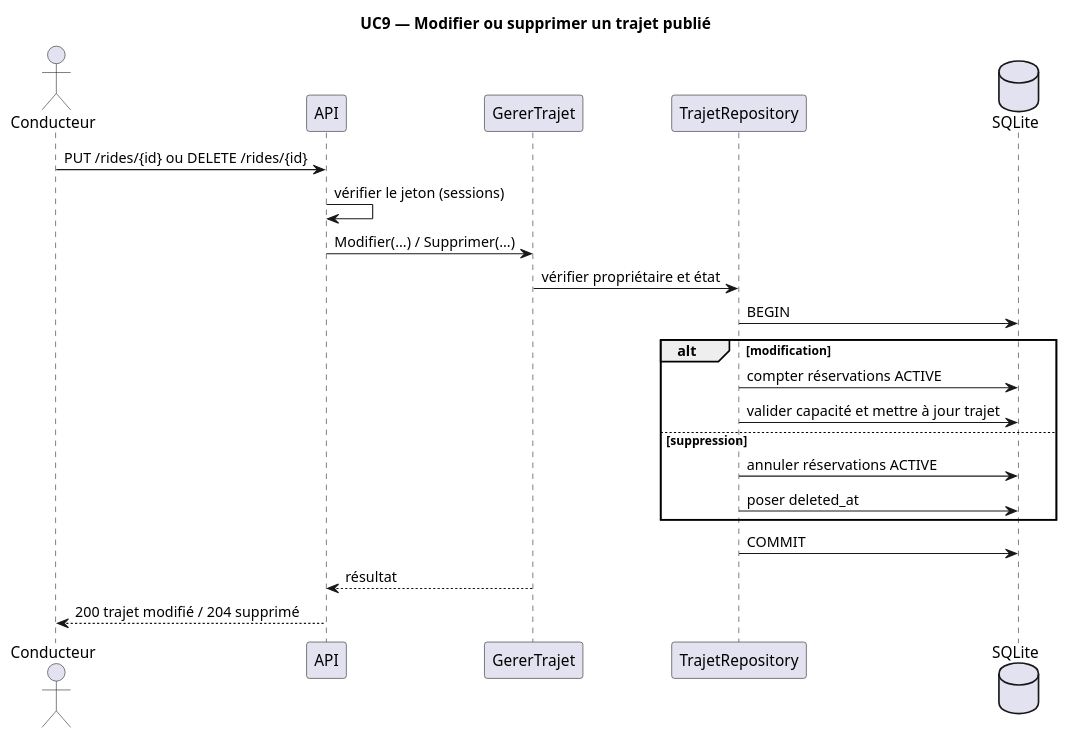
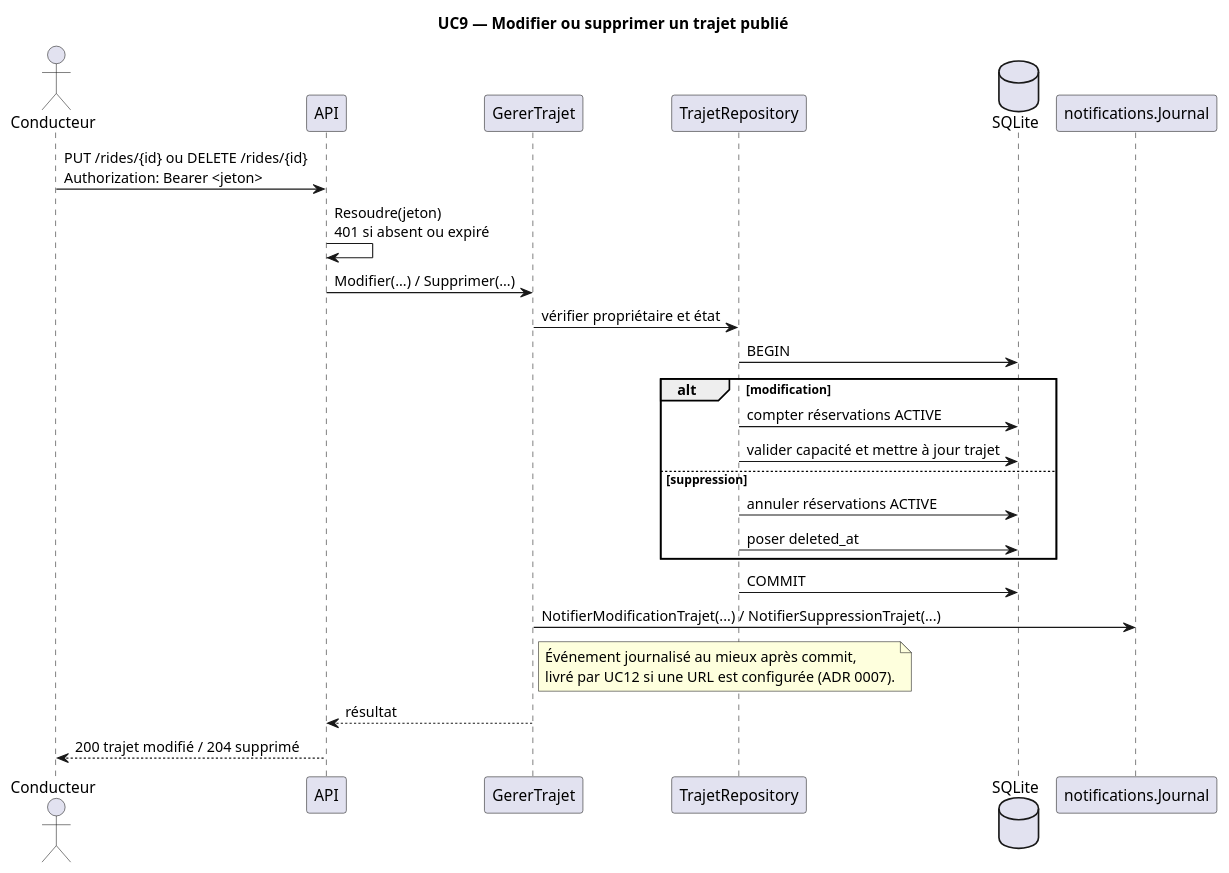
One commit to alaa-ilehi/Wasalni changed the diagram in docs/uml/uc9-sequence.puml. Above: the diagram before and after it, drawn with PlantUML. The commit also changed 7 other files, not shown here.

```diff
--- a/docs/uml/uc9-sequence.puml
+++ b/docs/uml/uc9-sequence.puml
@@ -1,24 +1,30 @@
 @startuml
 title UC9 — Modifier ou supprimer un trajet publié
 actor Conducteur
 participant API
 participant GererTrajet
 participant TrajetRepository
 database SQLite
+participant "notifications.Journal" as Notif
 
-Conducteur -> API: PUT /rides/{id} ou DELETE /rides/{id}
-API -> API: vérifier le jeton (sessions)
+Conducteur -> API: PUT /rides/{id} ou DELETE /rides/{id}\nAuthorization: Bearer <jeton>
+API -> API: Resoudre(jeton)\n401 si absent ou expiré
 API -> GererTrajet: Modifier(...) / Supprimer(...)
 GererTrajet -> TrajetRepository: vérifier propriétaire et état
 TrajetRepository -> SQLite: BEGIN
 alt modification
   TrajetRepository -> SQLite: compter réservations ACTIVE
   TrajetRepository -> SQLite: valider capacité et mettre à jour trajet
 else suppression
   TrajetRepository -> SQLite: annuler réservations ACTIVE
   TrajetRepository -> SQLite: poser deleted_at
 end
 TrajetRepository -> SQLite: COMMIT
+GererTrajet -> Notif: NotifierModificationTrajet(...) / NotifierSuppressionTrajet(...)
+note right of GererTrajet
+  Événement journalisé au mieux après commit,
+  livré par UC12 si une URL est configurée (ADR 0007).
+end note
 GererTrajet --> API: résultat
 API --> Conducteur: 200 trajet modifié / 204 supprimé
 @enduml
```
